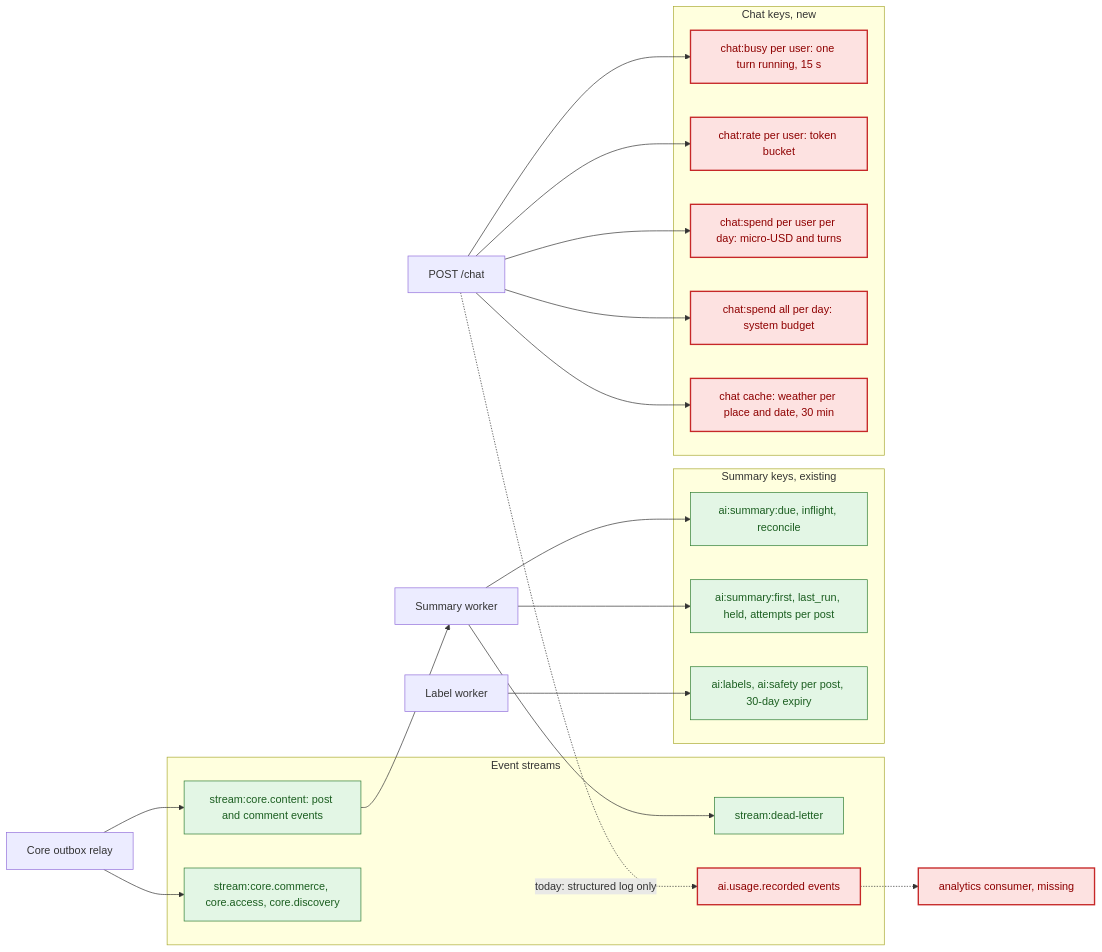
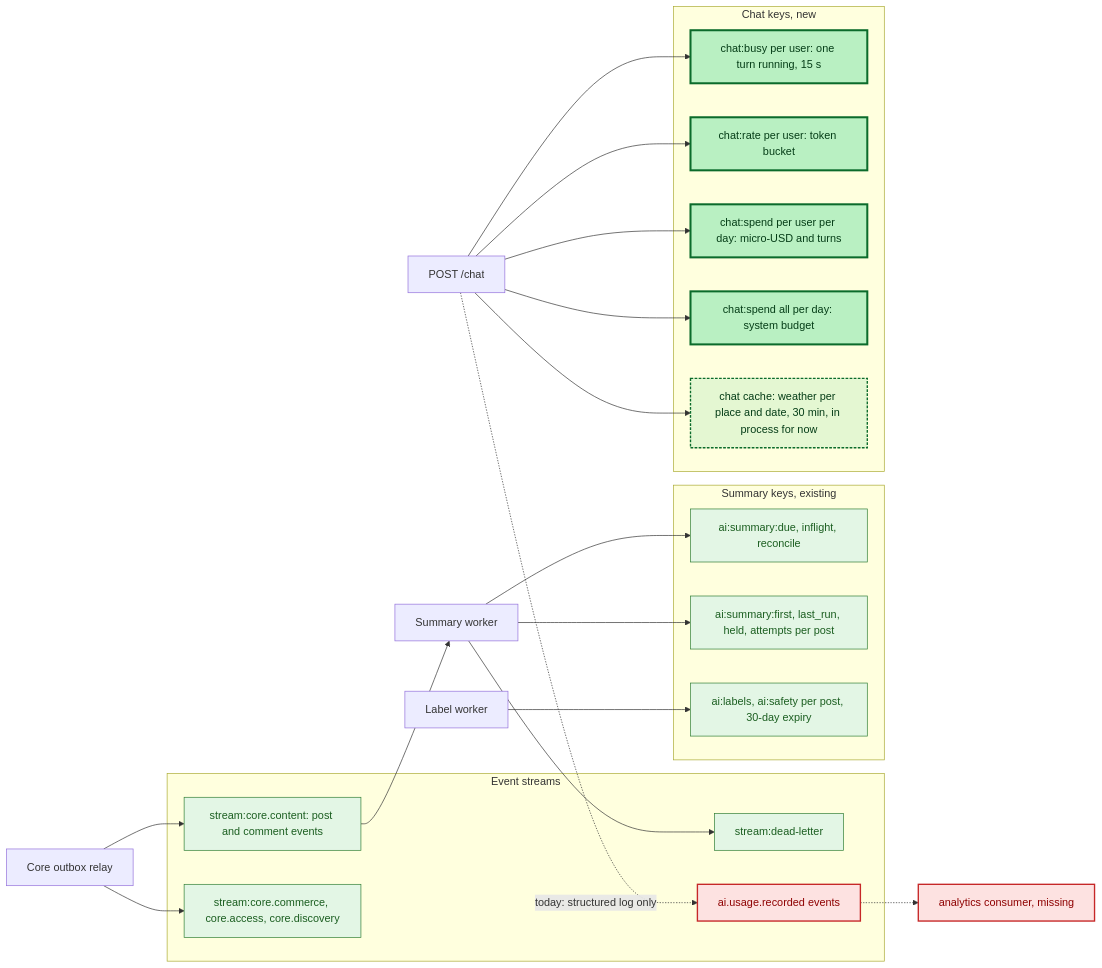
Before and after one commit to Sukemcute/tripflix-ai: the fourth of 5 diagrams in docs/architecture/tripi-agent-kien-truc-chi-tiet.md, drawn with Mermaid. The commit also changed other lines of this file and 1 other file, not shown here.

````diff
--- a/docs/architecture/tripi-agent-kien-truc-chi-tiet.md
+++ b/docs/architecture/tripi-agent-kien-truc-chi-tiet.md
@@ -319,41 +327,43 @@
 ```mermaid
 flowchart LR
+classDef built fill:#b9f0c2,stroke:#0b6b2b,color:#053d17,stroke-width:3px
+classDef partbuilt fill:#e4f7d2,stroke:#0b6b2b,color:#053d17,stroke-width:2px,stroke-dasharray:4 2
 classDef exists fill:#e3f6e5,stroke:#2e7d32,color:#1b5e20
 classDef missing fill:#fde2e1,stroke:#c62828,color:#8e0000,stroke-width:2px
 
 subgraph STR["Event streams"]
   ST_CON["stream:core.content: post and comment events"]:::exists
   ST_OTH["stream:core.commerce, core.access, core.discovery"]:::exists
   ST_DLQ["stream:dead-letter"]:::exists
   ST_USE["ai.usage.recorded events"]:::missing
 end
 
 subgraph SUMK["Summary keys, existing"]
   K1["ai:summary:due, inflight, reconcile"]:::exists
   K2["ai:summary:first, last_run, held, attempts per post"]:::exists
   K3["ai:labels, ai:safety per post, 30-day expiry"]:::exists
 end
 
 subgraph CHK["Chat keys, new"]
-  C1["chat:busy per user: one turn running, 15 s"]:::missing
-  C2["chat:rate per user: token bucket"]:::missing
-  C3["chat:spend per user per day: micro-USD and turns"]:::missing
-  C4["chat:spend all per day: system budget"]:::missing
-  C5["chat cache: weather per place and date, 30 min"]:::missing
+  C1["chat:busy per user: one turn running, 15 s"]:::built
+  C2["chat:rate per user: token bucket"]:::built
+  C3["chat:spend per user per day: micro-USD and turns"]:::built
+  C4["chat:spend all per day: system budget"]:::built
+  C5["chat cache: weather per place and date, 30 min, in process for now"]:::partbuilt
 end
 
 OUTBOX["Core outbox relay"] --> ST_CON
 OUTBOX --> ST_OTH
 ST_CON --> SW["Summary worker"]
 SW --> K1
 SW --> K2
 LW["Label worker"] --> K3
 SW --> ST_DLQ
 CHATS["POST /chat"] --> C1
 CHATS --> C2
 CHATS --> C3
 CHATS --> C4
 CHATS --> C5
 CHATS -.->|"today: structured log only"| ST_USE
 ST_USE -.-> ANA["analytics consumer, missing"]:::missing
 ```
````
